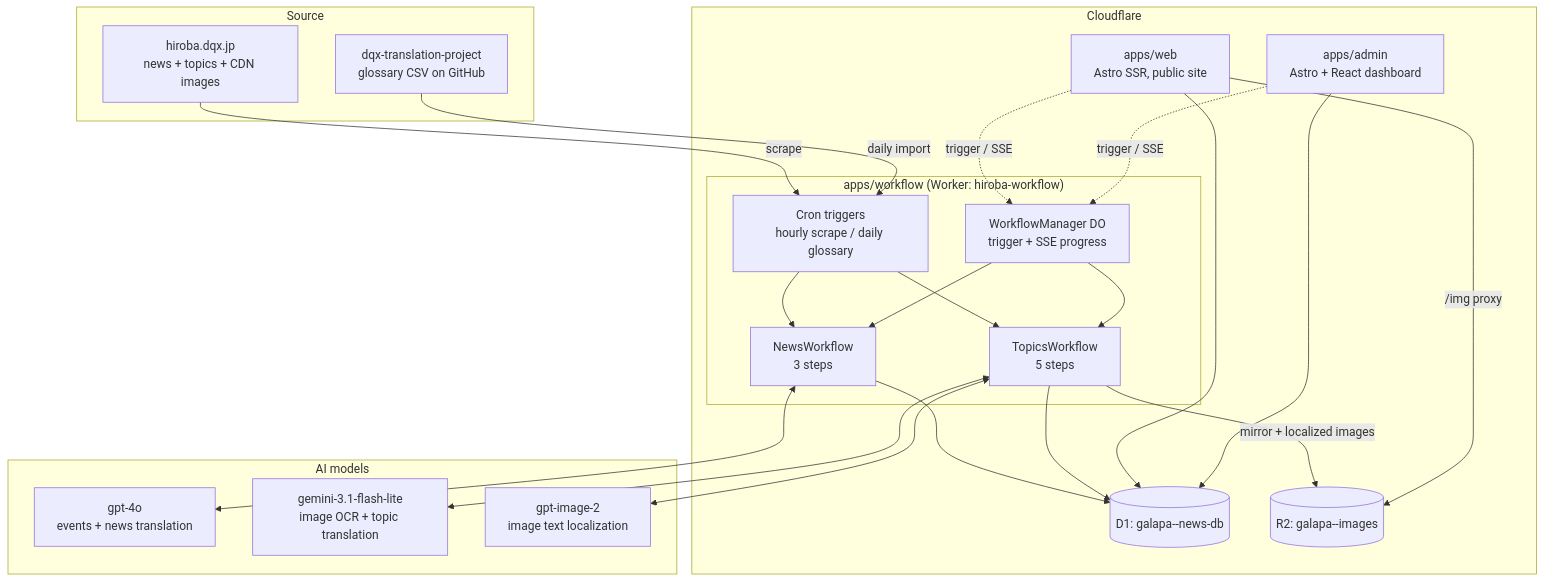
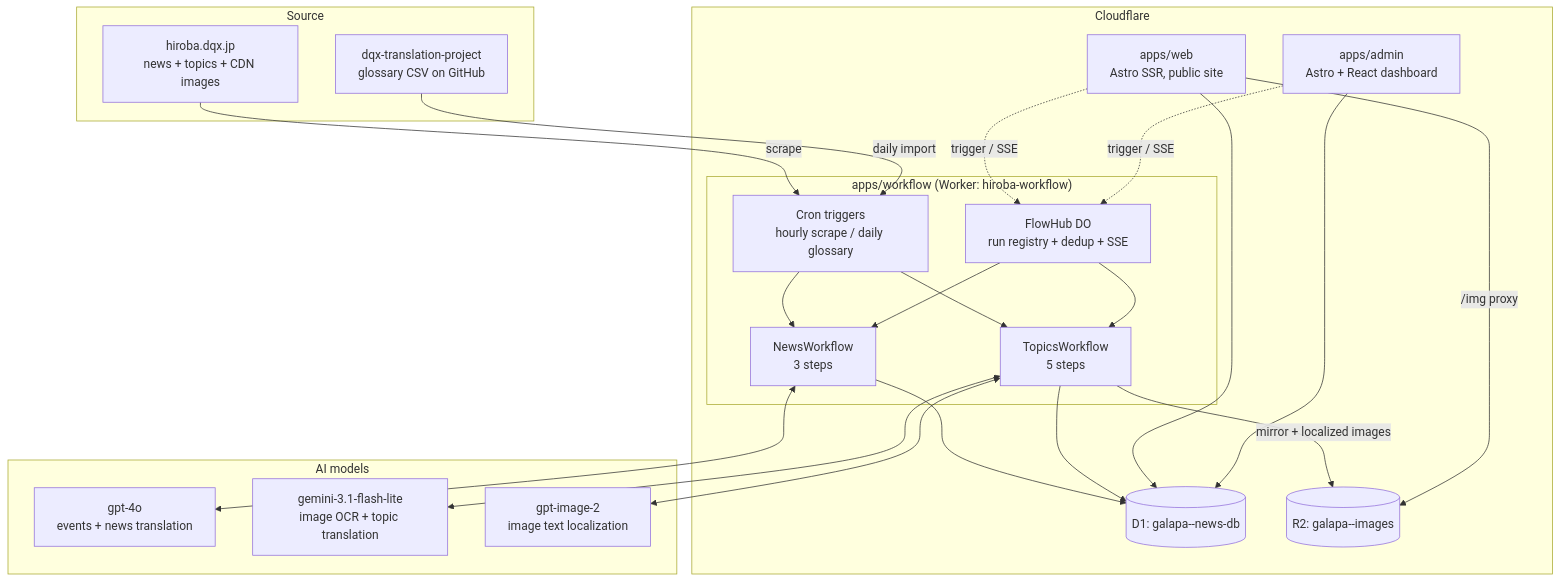
Before and after one commit to galapa-dqx/hiroba: the first of 5 diagrams in README.md, drawn with Mermaid. The commit also changed other lines of this file and 53 other files, not shown here.

First line of the commit message:
Dissolve WorkflowManager + drop workflow_runs (DQX-26)

````diff
--- a/README.md
+++ b/README.md
@@ -10,40 +10,40 @@
 ```mermaid
 graph TD
     subgraph Source
         DQX[hiroba.dqx.jp<br/>news + topics + CDN images]
         GH[dqx-translation-project<br/>glossary CSV on GitHub]
     end
 
     subgraph Cloudflare
         subgraph WF["apps/workflow (Worker: hiroba-workflow)"]
             CRON[Cron triggers<br/>hourly scrape / daily glossary]
             NW[NewsWorkflow<br/>3 steps]
             TW[TopicsWorkflow<br/>5 steps]
-            DO[WorkflowManager DO<br/>trigger + SSE progress]
+            HUB[FlowHub DO<br/>run registry + dedup + SSE]
         end
         D1[(D1: galapa--news-db)]
         R2[(R2: galapa--images)]
         WEB[apps/web<br/>Astro SSR, public site]
         ADMIN[apps/admin<br/>Astro + React dashboard]
     end
 
     subgraph Models["AI models"]
         GPT4O[gpt-4o<br/>events + news translation]
         GEM[gemini-3.1-flash-lite<br/>image OCR + topic translation]
         IMG[gpt-image-2<br/>image text localization]
     end
 
     DQX -->|scrape| CRON
     GH -->|daily import| CRON
     CRON --> NW & TW
-    DO --> NW & TW
+    HUB --> NW & TW
     NW <--> GPT4O
     TW <--> GEM & IMG
     NW --> D1
     TW --> D1
     TW -->|mirror + localized images| R2
     WEB --> D1
     WEB -->|/img proxy| R2
     ADMIN --> D1
-    WEB & ADMIN -.->|trigger / SSE| DO
+    WEB & ADMIN -.->|trigger / SSE| HUB
 ```
````
